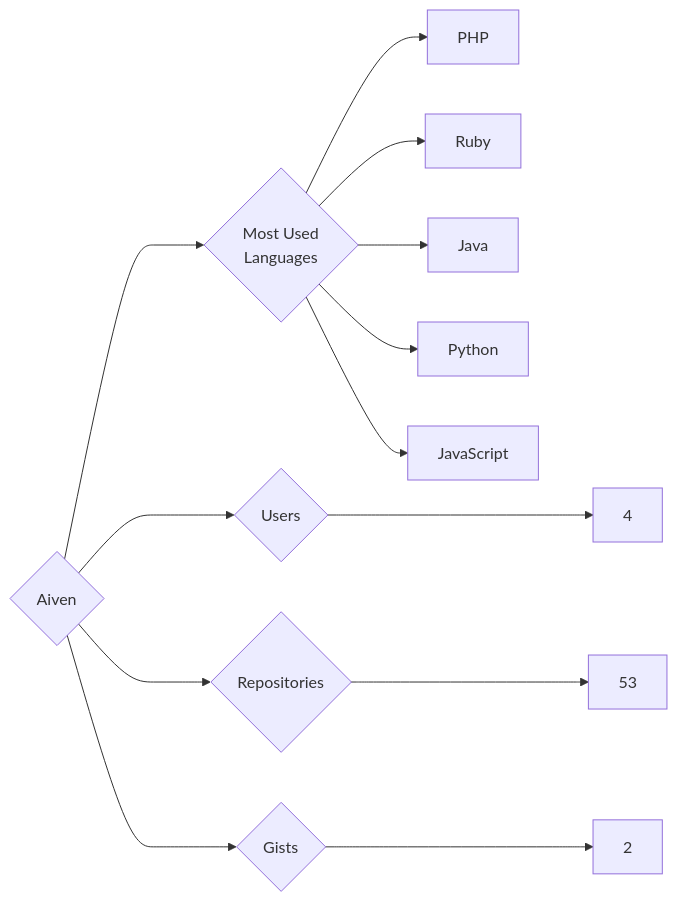
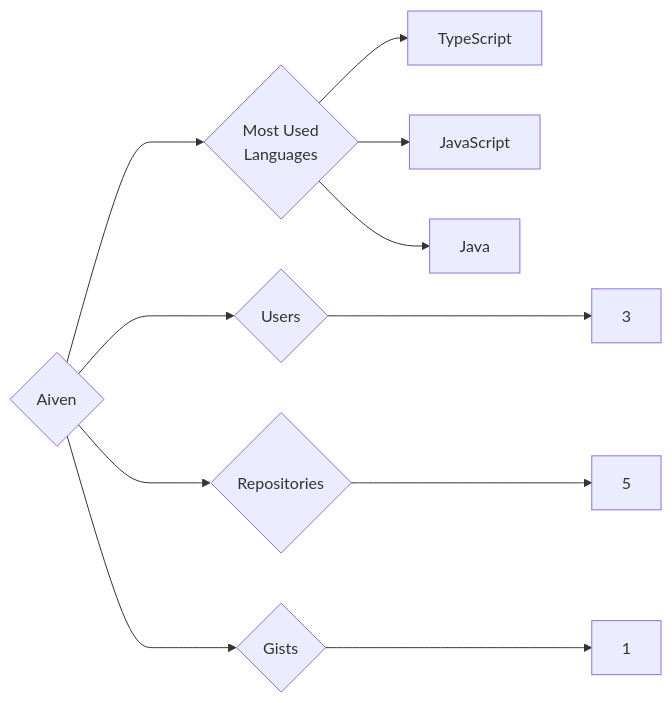
Before and after one commit to trickest/insiders: the diagram in targets/Aiven/README.md, drawn with Mermaid. The commit also changed 1036 other files, not shown here.

````diff
--- a/targets/Aiven/README.md
+++ b/targets/Aiven/README.md
@@ -3,13 +3,11 @@
 ```mermaid
 graph LR
 COMPANY_NAME{Aiven}
-COMPANY_NAME ---> U{Users} ---> UN[4]
-COMPANY_NAME ---> R{Repositories} ---> RN[53]
-COMPANY_NAME ---> G{Gists} ---> GN[2]
+COMPANY_NAME ---> U{Users} ---> UN[3]
+COMPANY_NAME ---> R{Repositories} ---> RN[5]
+COMPANY_NAME ---> G{Gists} ---> GN[1]
 COMPANY_NAME ---> ML{Most Used<br>Languages}
-ML --> PHP[PHP]
-ML --> Ruby[Ruby]
+ML --> TypeScript[TypeScript]
+ML --> JavaScript[JavaScript]
 ML --> Java[Java]
-ML --> Python[Python]
-ML --> JavaScript[JavaScript]
 ```
````
